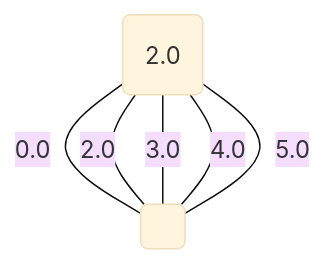
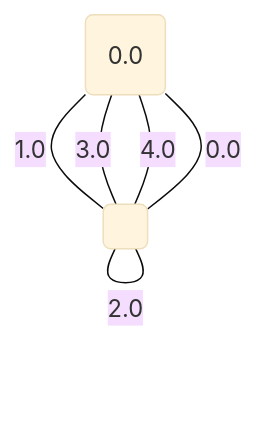
The fifth of 5 diagrams in project/src/testing/minCut.md (metury/graphs), drawn with Mermaid (base theme) before and after one commit. The commit also changed other lines of this file and 78 other files, not shown here.

````diff
--- a/project/src/testing/minCut.md
+++ b/project/src/testing/minCut.md
@@ -81,10 +81,10 @@
 ```mermaid
 graph TD;
-0("2.0");
+0("0.0");
 1(" ");
-	0 -- "0.0" --- 1;
-	1 -- "2.0" --- 0;
-	1 -- "3.0" --- 0;
-	1 -- "4.0" --- 0;
-	1 -- "5.0" --- 0;
+	1 -- "0.0" --- 0;
+	0 -- "1.0" --- 1;
+	1 -- "2.0" --- 1;
+	0 -- "3.0" --- 1;
+	0 -- "4.0" --- 1;
 ```
````
